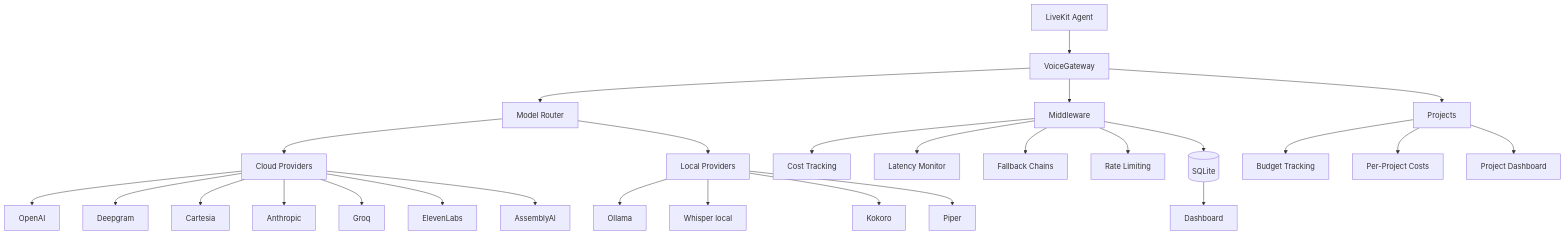
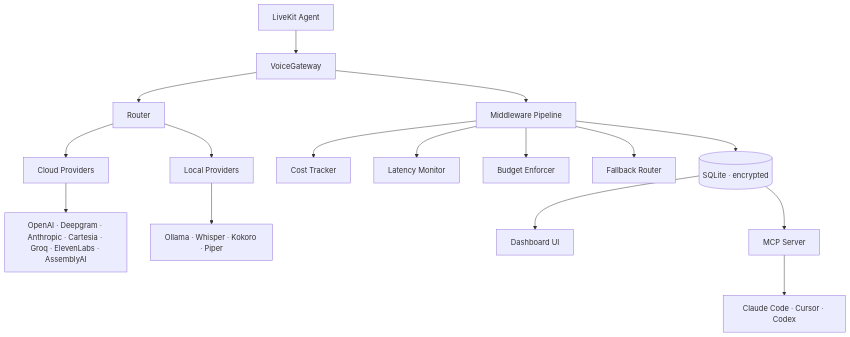
The diagram in README.md (mahimailabs/voicegateway), drawn with Mermaid before and after one commit. The commit also changed other lines of this file, not shown here.

````diff
--- a/README.md
+++ b/README.md
@@ -154,29 +280,18 @@
 ```mermaid
 flowchart TB
     A[LiveKit Agent] --> B[VoiceGateway]
-    B --> C[Model Router]
+    B --> C[Router]
     C --> D[Cloud Providers]
     C --> E[Local Providers]
-    D --> D1[OpenAI]
-    D --> D2[Deepgram]
-    D --> D3[Cartesia]
-    D --> D4[Anthropic]
-    D --> D5[Groq]
-    D --> D6[ElevenLabs]
-    D --> D7[AssemblyAI]
-    E --> E1[Ollama]
-    E --> E2[Whisper local]
-    E --> E3[Kokoro]
-    E --> E4[Piper]
-    B --> F[Middleware]
-    F --> F1[Cost Tracking]
+    D --> D1[OpenAI · Deepgram · Anthropic · Cartesia · Groq · ElevenLabs · AssemblyAI]
+    E --> E1[Ollama · Whisper · Kokoro · Piper]
+    B --> F[Middleware Pipeline]
+    F --> F1[Cost Tracker]
     F --> F2[Latency Monitor]
-    F --> F3[Fallback Chains]
-    F --> F4[Rate Limiting]
-    F --> G[(SQLite)]
-    G --> H[Dashboard]
-    B --> I[Projects]
-    I --> I1[Budget Tracking]
-    I --> I2[Per-Project Costs]
-    I --> I3[Project Dashboard]
+    F --> F3[Budget Enforcer]
+    F --> F4[Fallback Router]
+    F --> G[(SQLite · encrypted)]
+    G --> H[Dashboard UI]
+    G --> I[MCP Server]
+    I --> J[Claude Code · Cursor · Codex]
 ```
````
